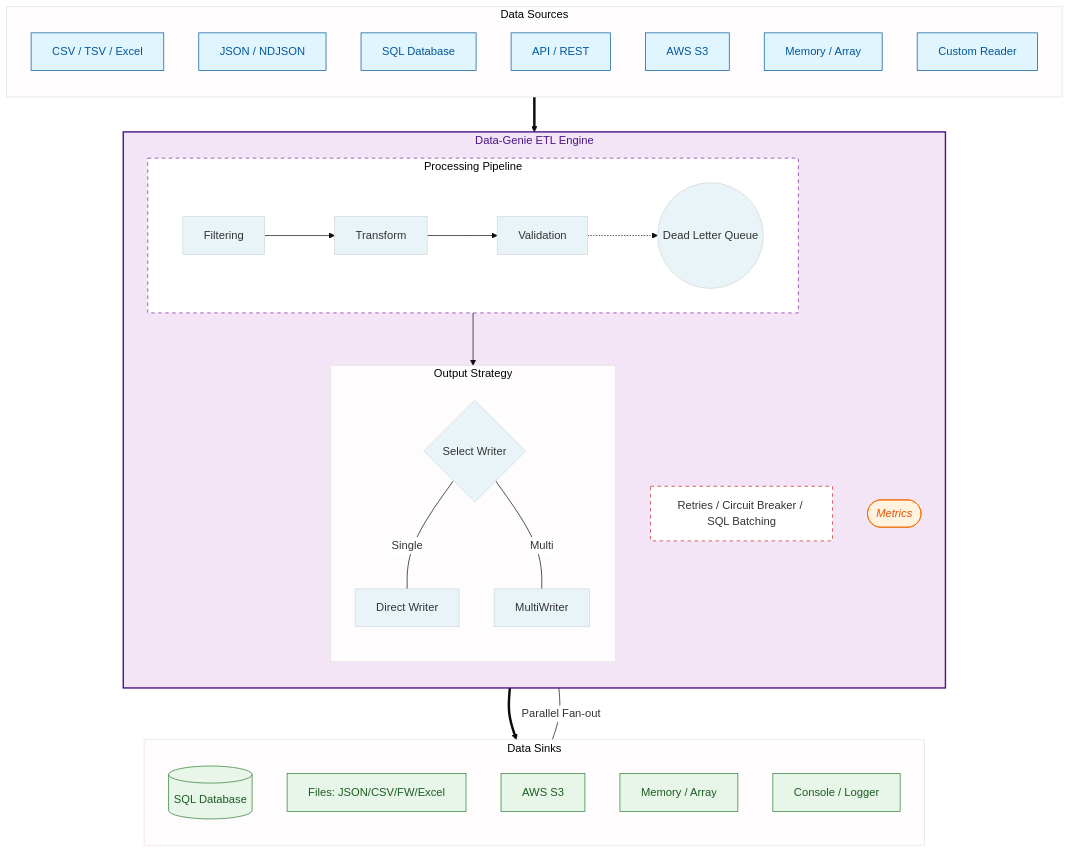
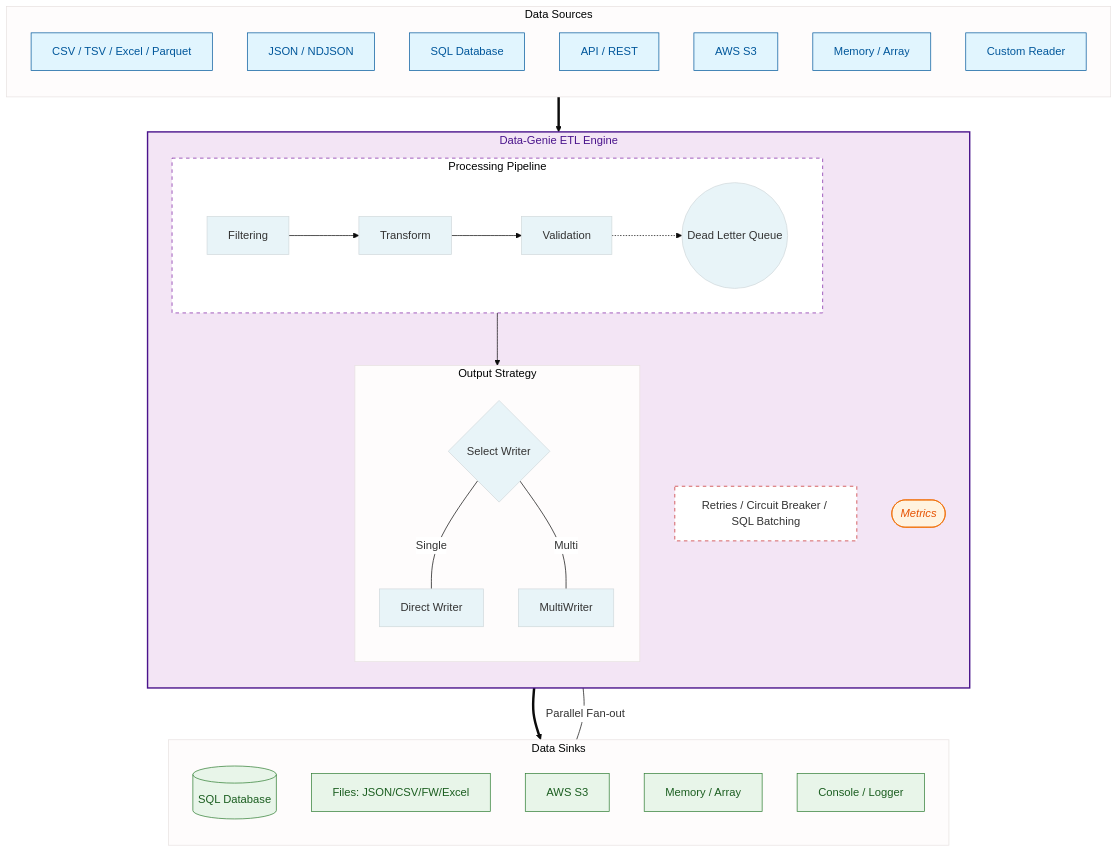
The diagram in README.md (pujansrt/data-genie), drawn with Mermaid before and after one commit. The commit also changed other lines of this file and 39 other files, not shown here.

````diff
--- a/README.md
+++ b/README.md
@@ -12,66 +12,66 @@
 ```mermaid
 %%{init: { 'theme': 'base', 'themeVariables': { 'primaryColor': '#E8F4F8', 'actorBkg': '#D2E4F9', 'edgeLabelBackground':'#ffffff', 'noteBkgColor': '#FDF2D4', 'noteBorderColor': '#F1C40F'}}}%%
 
 graph TD
     %% Data Sources
     subgraph Inputs [Data Sources]
         direction TB
-        I1[CSV / TSV / Excel]
+        I1[CSV / TSV / Excel / Parquet]
         I2[JSON / NDJSON]
         I3[SQL Database]
         I4[API / REST]
         I5[AWS S3]
         I6[Memory / Array]
         I7[Custom Reader]
     end
 
     %% The Engine Core
     subgraph Core [Data-Genie ETL Engine]
         direction TB
         
         subgraph Pipeline [Processing Pipeline]
             direction LR
             F[Filtering] --> T[Transform]
             T --> V[Validation]
             V -.-> DLQ((Dead Letter Queue))
         end
 
         subgraph OutputDist [Output Strategy]
             direction TB
             V --> Choice{Select Writer}
             Choice -- Single --- DW[Direct Writer]
             Choice -- Multi --- MW[MultiWriter]
         end
 
         Reliability[Retries / Circuit Breaker / SQL Batching]
         Metrics([Metrics])
     end
 
     %% Data Sinks
     subgraph Outputs [Data Sinks]
         direction TB
         O1[(SQL Database)]
         O2[Files: JSON/CSV/FW/Excel]
         O3[AWS S3]
         O4[Memory / Array]
         O5[Console / Logger]
     end
 
     %% Main Flow
     Inputs ==> Core
     DW ==> Outputs
     MW -- Parallel Fan-out --- Outputs
 
     %% Color Theme & Styling
     style Core fill:#f3e5f5,stroke:#4a148c,stroke-width:2px,color:#4a148c
     style Pipeline fill:#ffffff,stroke:#7b1fa2,stroke-dasharray: 5 5
     style Reliability fill:#ffffff,stroke:#c62828,stroke-dasharray: 5 5
     
     classDef source fill:#e1f5fe,stroke:#01579b,color:#01579b
     classDef sink fill:#e8f5e9,stroke:#2e7d32,color:#1b5e20
     classDef feature fill:#fff3e0,stroke:#ef6c00,color:#e65100,font-style:italic
     
     class I1,I2,I3,I4,I5,I6,I7 source
     class O1,O2,O3,O4,O5 sink
     class Metrics feature
 ```
````
